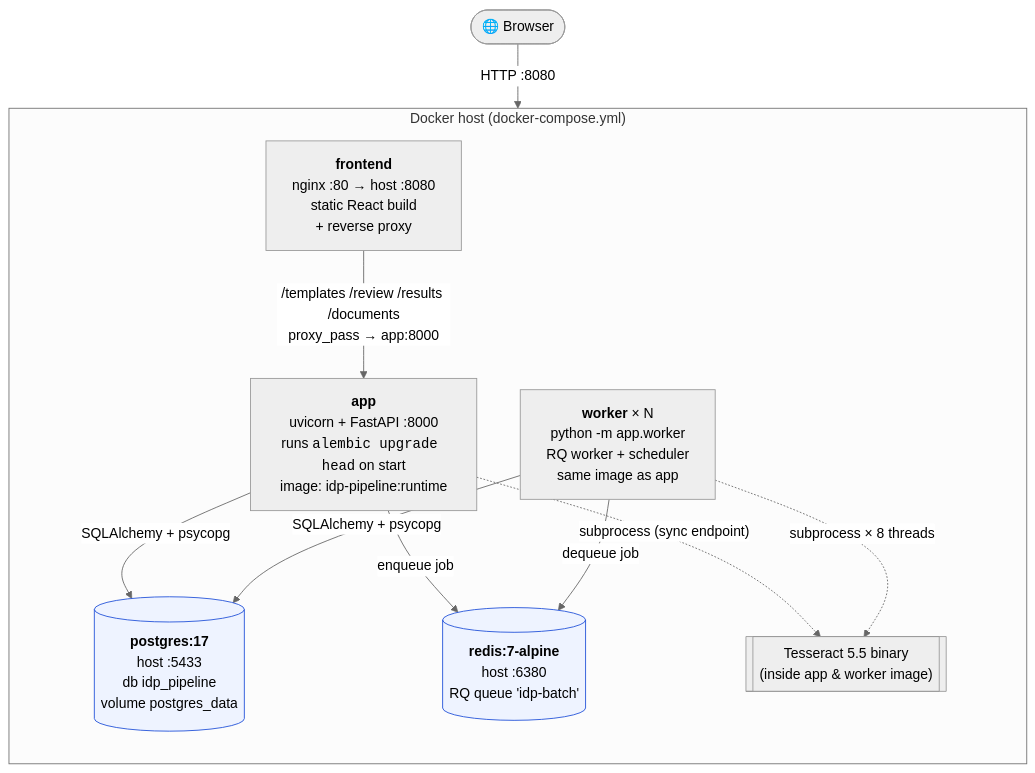
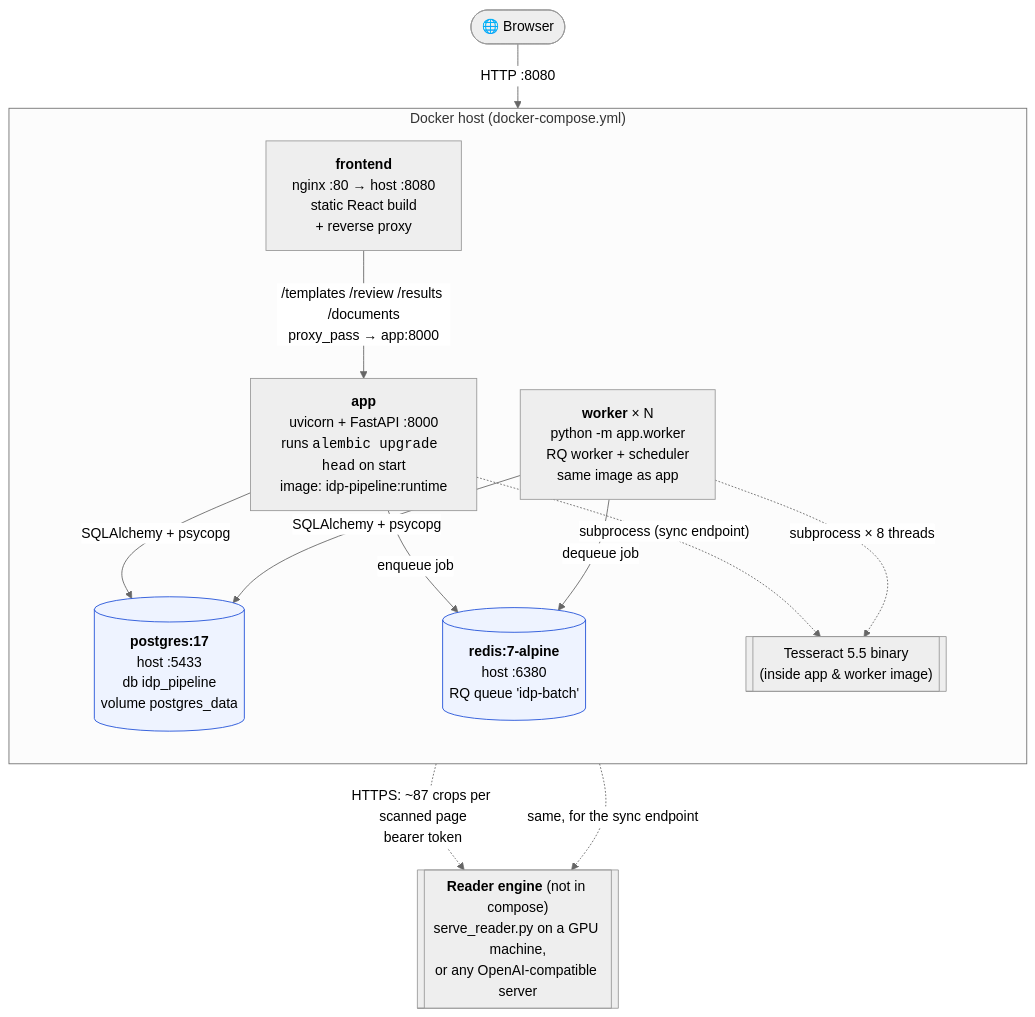
Before and after one commit to Megh-1/OCR_Reader: the second of 25 diagrams in architecture.md, drawn with Mermaid (neutral theme). The commit also changed other lines of this file and 3 other files, not shown here.

First line of the commit message:
Bring architecture docs up to date: vision reader, reader engines, measured results, and an HTML generator

````diff
--- a/architecture.md
+++ b/architecture.md
@@ -76,26 +82,29 @@
 ```mermaid
 flowchart TB
     browser(["🌐 Browser"])
 
     subgraph host["Docker host  (docker-compose.yml)"]
         direction TB
         fe["<b>frontend</b><br/>nginx :80 → host :8080<br/>static React build<br/>+ reverse proxy"]
         app["<b>app</b><br/>uvicorn + FastAPI :8000<br/>runs <code>alembic upgrade head</code> on start<br/>image: idp-pipeline:runtime"]
         wk["<b>worker</b> × N<br/>python -m app.worker<br/>RQ worker + scheduler<br/>same image as app"]
         pg[("<b>postgres:17</b><br/>host :5433<br/>db idp_pipeline<br/>volume postgres_data")]
         rd[("<b>redis:7-alpine</b><br/>host :6380<br/>RQ queue 'idp-batch'")]
         tess[["Tesseract 5.5 binary<br/>(inside app & worker image)"]]
     end
+    gpu[["<b>Reader engine</b> (not in compose)<br/>serve_reader.py on a GPU machine,<br/>or any OpenAI-compatible server"]]
 
     browser -->|"HTTP :8080"| fe
     fe -->|"/templates /review /results /documents<br/>proxy_pass → app:8000"| app
     app -->|"SQLAlchemy + psycopg"| pg
     app -->|"enqueue job"| rd
     wk -->|"dequeue job"| rd
     wk -->|"SQLAlchemy + psycopg"| pg
     app -.->|"subprocess (sync endpoint)"| tess
     wk -.->|"subprocess × 8 threads"| tess
+    wk -.->|"HTTPS: ~87 crops per scanned page<br/>bearer token"| gpu
+    app -.->|"same, for the sync endpoint"| gpu
 
     classDef store fill:#eef3ff,stroke:#1f4fd8
     class pg,rd store
 ```
````
